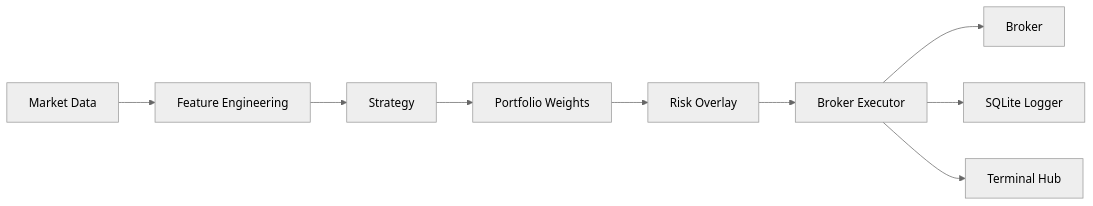
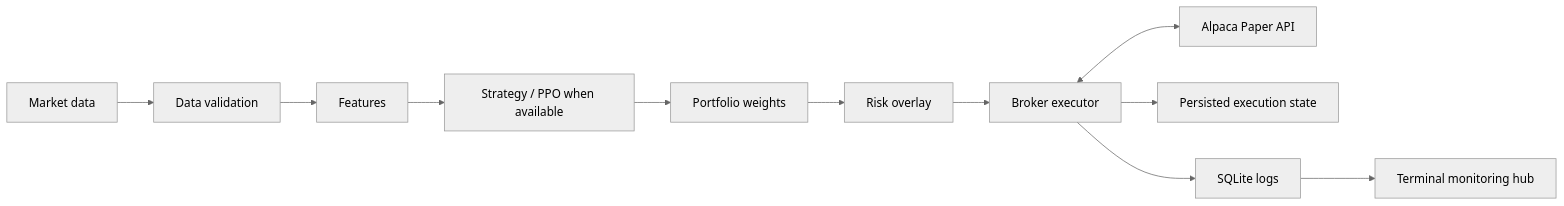
One commit to iFabbro/STMAA changed the diagram in README.md. Above: the diagram before and after it, drawn with Mermaid (neutral theme). The commit also changed other lines of this file, not shown here.

Commit message:
docs: align README with current paper-trading implementation

````diff
--- a/README.md
+++ b/README.md
@@ -71,11 +35,13 @@
 ```mermaid
 flowchart LR
-  MD[Market Data] --> FE[Feature Engineering]
-  FE --> ST[Strategy]
-  ST --> PW[Portfolio Weights]
-  PW --> RO[Risk Overlay]
-  RO --> BE[Broker Executor]
-  BE --> BR[Broker]
-  BE --> LG[SQLite Logger]
-  BE --> HB[Terminal Hub]
+  MD[Market data] --> DV[Data validation]
+  DV --> FE[Features]
+  FE --> ST[Strategy / PPO when available]
+  ST --> PW[Portfolio weights]
+  PW --> RO[Risk overlay]
+  RO --> EX[Broker executor]
+  EX <--> BR[Alpaca Paper API]
+  EX --> PS[Persisted execution state]
+  EX --> LG[SQLite logs]
+  LG --> HUB[Terminal monitoring hub]
 ```
````
